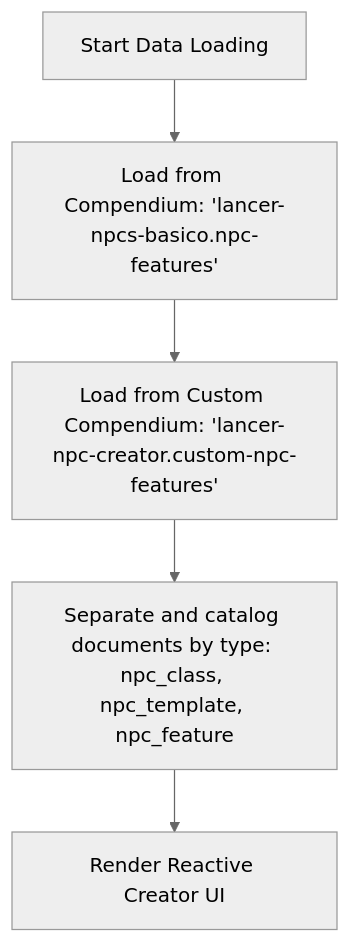
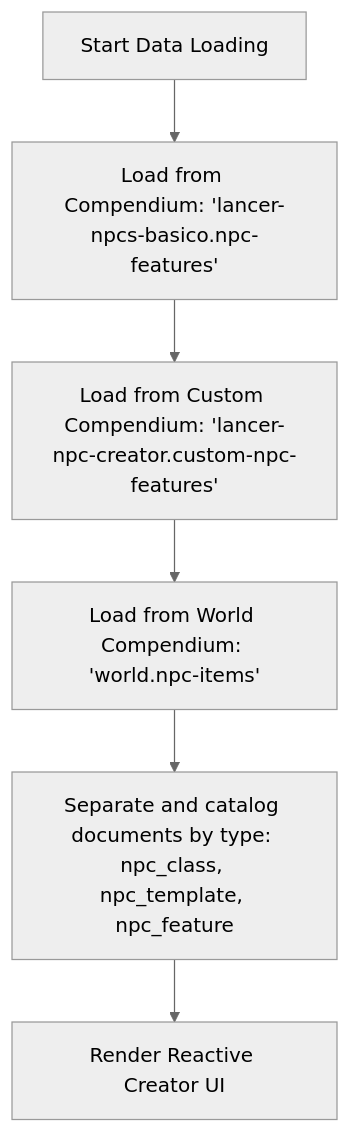
The diagram in README-EN.md (LPfontes/lancer-npc-creator), drawn with Mermaid (neutral theme) before and after one commit. The commit also changed other lines of this file and 6 other files, not shown here.

Commit message:
feat: implement dynamic localization (i18n), load world.npc-items, add lancer system dependency and add GenAI declaration

````diff
--- a/README-EN.md
+++ b/README-EN.md
@@ -16,7 +19,8 @@
 ```mermaid
 graph TD
     A[Start Data Loading] --> B[Load from Compendium: 'lancer-npcs-basico.npc-features']
     B --> C[Load from Custom Compendium: 'lancer-npc-creator.custom-npc-features']
-    C --> D[Separate and catalog documents by type: npc_class, npc_template, npc_feature]
-    D --> E[Render Reactive Creator UI]
+    C --> D[Load from World Compendium: 'world.npc-items']
+    D --> E[Separate and catalog documents by type: npc_class, npc_template, npc_feature]
+    E --> F[Render Reactive Creator UI]
 ```
````
